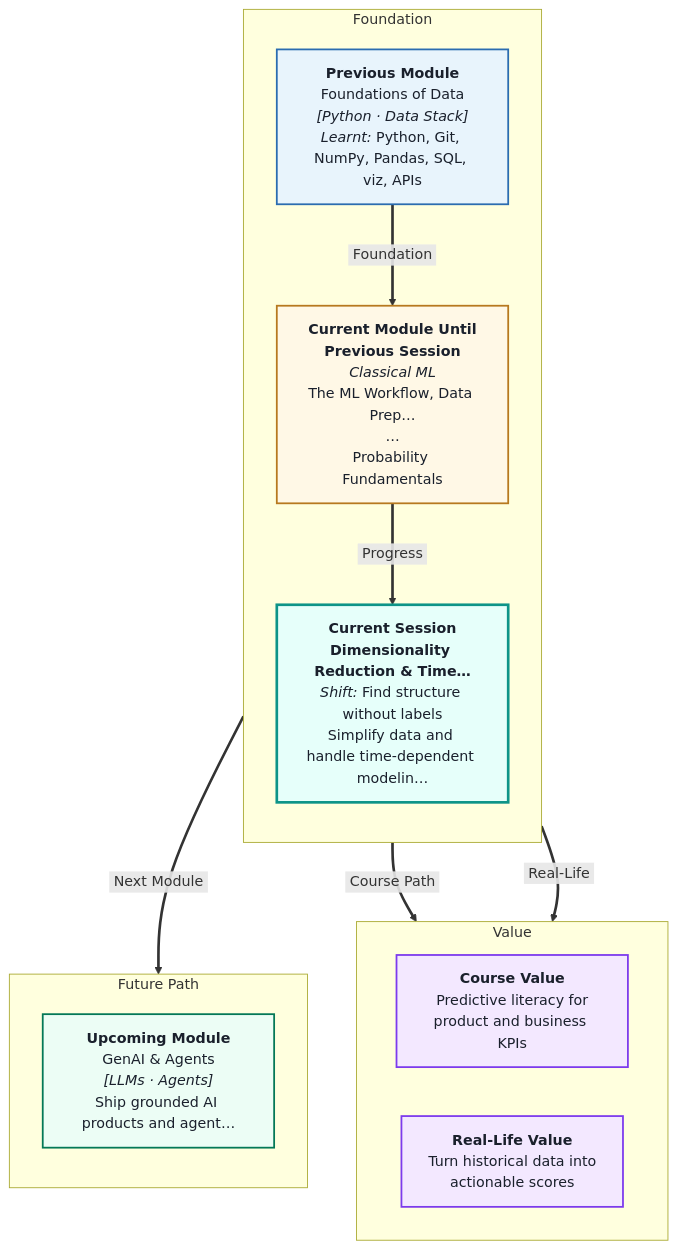
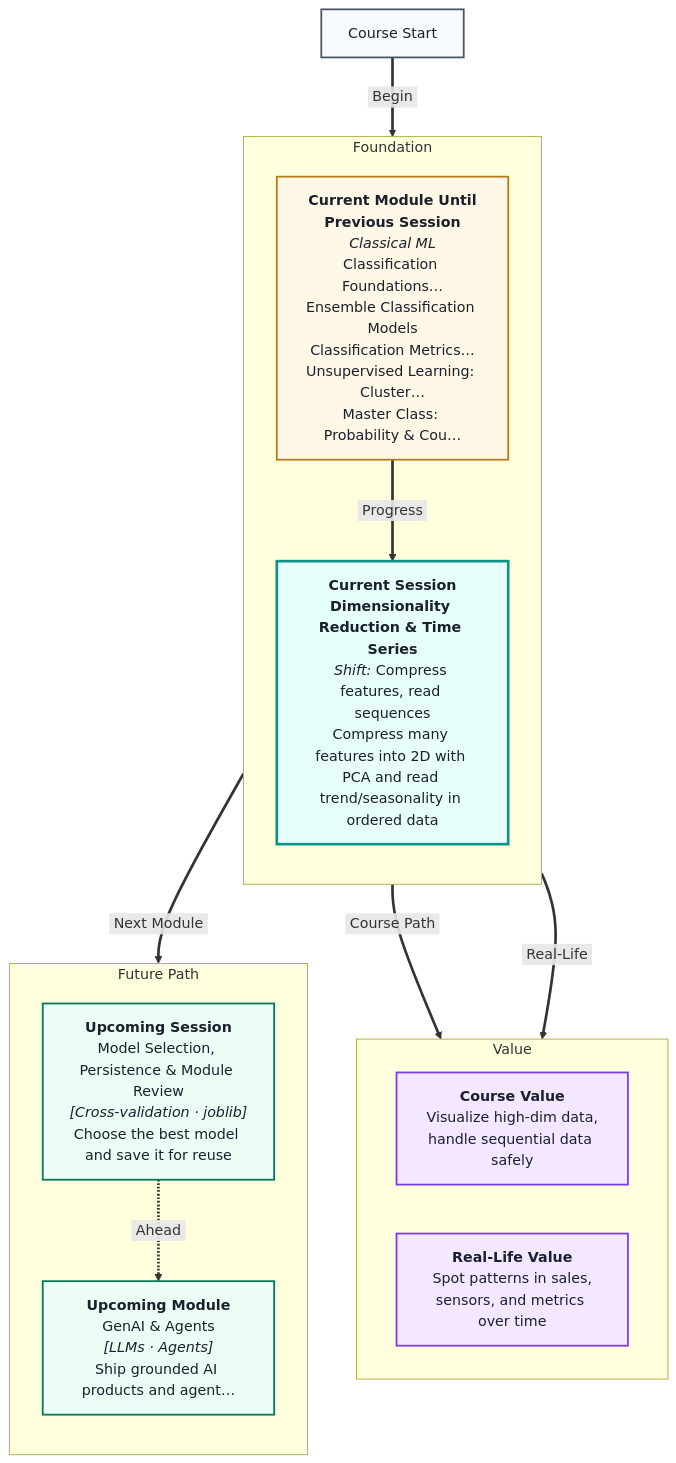
The diagram in IITP_AIML_Regional/IITP-AIMLTN-2605/Module 2- Classical ML/Session 11- Dimensionality Reduction & Time Series/mental Map: Dimensionality Reduction & Time Series.md (ritzrmx/Masai_Curriculum), drawn with Mermaid before and after one commit. The commit also changed 47 other files, not shown here.

First line of the commit message:
Regenerate Module 2 (Classical ML) lecture scripts, mental maps & coding problems

````diff
--- a/IITP_AIML_Regional/IITP-AIMLTN-2605/Module 2- Classical ML/Session 11- Dimensionality Reduction & Time Series/mental Map: Dimensionality Reduction & Time Series.md
+++ b/IITP_AIML_Regional/IITP-AIMLTN-2605/Module 2- Classical ML/Session 11- Dimensionality Reduction & Time Series/mental Map: Dimensionality Reduction & Time Series.md
@@ -1,41 +1,42 @@
 ```mermaid
 %%{init: {'flowchart': {'nodeSpacing': 55, 'rankSpacing': 65, 'diagramPadding': 24}}}%%
 flowchart TB
 linkStyle default stroke-width:3px
 
 subgraph foundation[" Foundation "]
 direction TB
-    P0["<b>Previous Module</b><br/>Foundations of Data<br/><i>[Python · Data Stack]</i><br/><i>Learnt:</i> Python, Git, NumPy, Pandas, SQL, viz, APIs"]
-    CURMOD["<b>Current Module Until<br/>Previous Session</b><br/><i>Classical ML</i><br/>The ML Workflow, Data Prep…<br/>…<br/>Probability Fundamentals"]
-    CURSES["<b>Current Session</b><br/><b>Dimensionality Reduction & Time…</b><br/><i>Shift:</i> Find structure without labels<br/>Simplify data and handle time-dependent modelin…"]
+    CURMOD["<b>Current Module Until<br/>Previous Session</b><br/><i>Classical ML</i><br/>Classification Foundations…<br/>Ensemble Classification Models<br/>Classification Metrics…<br/>Unsupervised Learning: Cluster…<br/>Master Class: Probability & Cou…"]
+    CURSES["<b>Current Session</b><br/><b>Dimensionality Reduction & Time Series</b><br/><i>Shift:</i> Compress features, read sequences<br/>Compress many features into 2D with PCA and read trend/seasonality in ordered data"]
 end
 
 subgraph value[" Value "]
 direction LR
-    CVAL["<b>Course Value</b><br/>Predictive literacy for<br/>product and business KPIs"]
-    RVAL["<b>Real-Life Value</b><br/>Turn historical data into<br/>actionable scores"]
+    CVAL["<b>Course Value</b><br/>Visualize high-dim data,<br/>handle sequential data safely"]
+    RVAL["<b>Real-Life Value</b><br/>Spot patterns in sales,<br/>sensors, and metrics over time"]
 end
 
 subgraph future[" Future Path "]
 direction TB
-    U0["<b>Upcoming Module</b><br/>GenAI & Agents<br/><i>[LLMs · Agents]</i><br/>Ship grounded AI products and agent…"]
+    U0["<b>Upcoming Session</b><br/>Model Selection, Persistence & Module Review<br/><i>[Cross-validation · joblib]</i><br/>Choose the best model and save it for reuse"]
+    U1["<b>Upcoming Module</b><br/>GenAI & Agents<br/><i>[LLMs · Agents]</i><br/>Ship grounded AI products and agent…"]
 end
 
-P0 ==>|&nbsp;Foundation&nbsp;| CURMOD
+START["Course Start"] ==>|&nbsp;Begin&nbsp;| CURMOD
 CURMOD ==>|&nbsp;Progress&nbsp;| CURSES
 CURSES ==>|&nbsp;Course Path&nbsp;| CVAL
 CURSES ==>|&nbsp;Real-Life&nbsp;| RVAL
 CURSES ==>|&nbsp;Next Module&nbsp;| U0
+U0 -.->|&nbsp;Ahead&nbsp;| U1
 
 classDef prevBox fill:#E8F4FC,stroke:#2B6CB0,stroke-width:2px,color:#1A202C
 classDef curModBox fill:#FFF8E6,stroke:#B7791F,stroke-width:2px,color:#1A202C
 classDef curSessBox fill:#E6FFFA,stroke:#0D9488,stroke-width:3px,color:#1A202C
 classDef valueBox fill:#F3E8FF,stroke:#7C3AED,stroke-width:2px,color:#1A202C
 classDef futureBox fill:#ECFDF5,stroke:#047857,stroke-width:2px,color:#1A202C
 classDef startBox fill:#F7FAFC,stroke:#4A5568,stroke-width:2px,color:#1A202C
-class P0 prevBox
+class START startBox
 class CURMOD curModBox
 class CURSES curSessBox
 class CVAL,RVAL valueBox
-class U0 futureBox
+class U0,U1 futureBox
 ```
````
